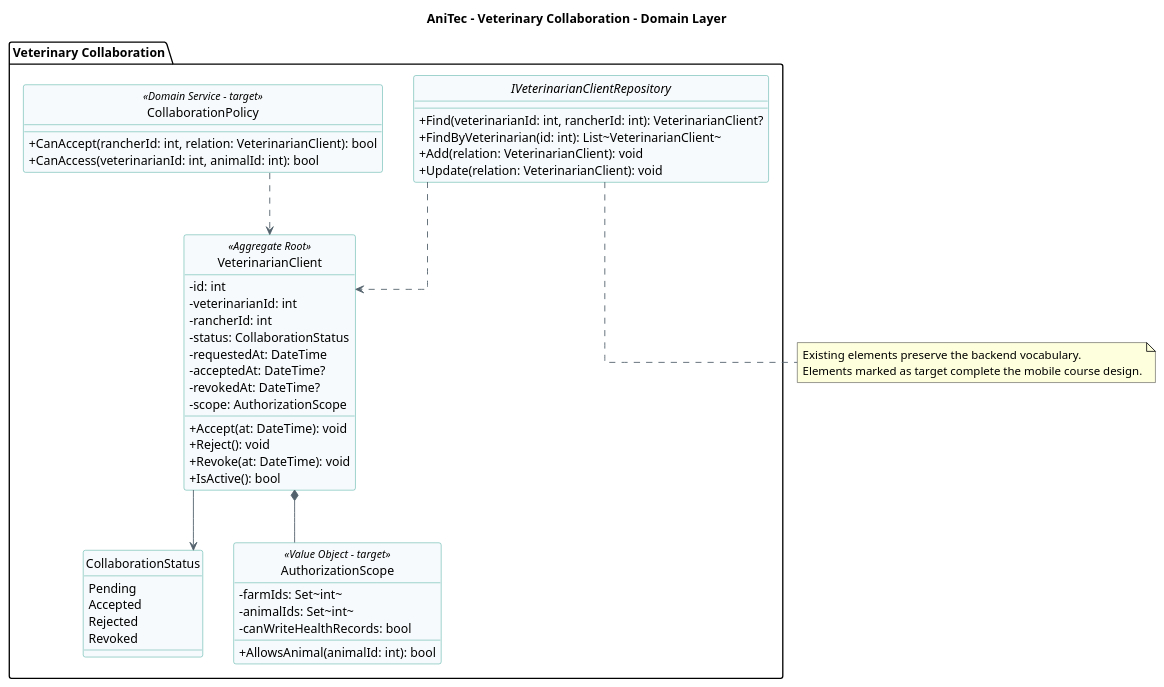
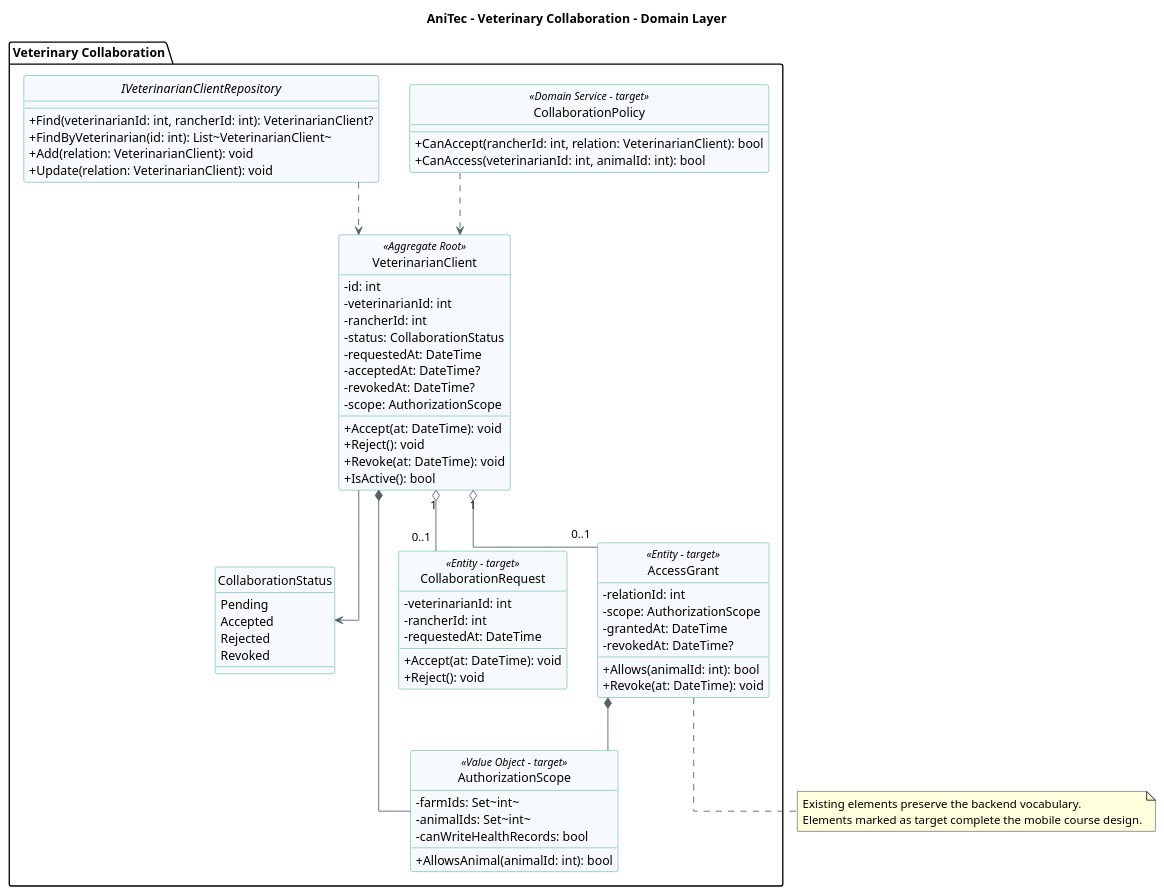
The diagram in markdown/assets/codefordiagrams/2-6-5-Bounded-Context-Veterinary-Collaboration/domain-layer-class-diagram.puml (ADM-1ACC0238-2620-13975-Grupo01/Informe), drawn with PlantUML before and after one commit. The commit also changed 20 other files, not shown here.

```diff
--- a/markdown/assets/codefordiagrams/2-6-5-Bounded-Context-Veterinary-Collaboration/domain-layer-class-diagram.puml
+++ b/markdown/assets/codefordiagrams/2-6-5-Bounded-Context-Veterinary-Collaboration/domain-layer-class-diagram.puml
@@ -1,60 +1,78 @@
 @startuml
 title AniTec - Veterinary Collaboration - Domain Layer
 hide circle
 skinparam classAttributeIconSize 0
 skinparam shadowing false
 skinparam linetype ortho
 skinparam class {
   BackgroundColor #F7FAFC
   BorderColor #2A9D8F
   ArrowColor #52616B
 }
 
 package "Veterinary Collaboration" {
 class VeterinarianClient <<Aggregate Root>> {
   -id: int
   -veterinarianId: int
   -rancherId: int
   -status: CollaborationStatus
   -requestedAt: DateTime
   -acceptedAt: DateTime?
   -revokedAt: DateTime?
   -scope: AuthorizationScope
   +Accept(at: DateTime): void
   +Reject(): void
   +Revoke(at: DateTime): void
   +IsActive(): bool
 }
 enum CollaborationStatus {
   Pending
   Accepted
   Rejected
   Revoked
 }
 class AuthorizationScope <<Value Object - target>> {
   -farmIds: Set~int~
   -animalIds: Set~int~
   -canWriteHealthRecords: bool
   +AllowsAnimal(animalId: int): bool
 }
 class CollaborationPolicy <<Domain Service - target>> {
   +CanAccept(rancherId: int, relation: VeterinarianClient): bool
   +CanAccess(veterinarianId: int, animalId: int): bool
 }
 interface IVeterinarianClientRepository {
   +Find(veterinarianId: int, rancherId: int): VeterinarianClient?
   +FindByVeterinarian(id: int): List~VeterinarianClient~
   +Add(relation: VeterinarianClient): void
   +Update(relation: VeterinarianClient): void
 }
 VeterinarianClient --> CollaborationStatus
 VeterinarianClient *-- AuthorizationScope
 CollaborationPolicy ..> VeterinarianClient
 IVeterinarianClientRepository ..> VeterinarianClient
+class CollaborationRequest <<Entity - target>> {
+  -veterinarianId: int
+  -rancherId: int
+  -requestedAt: DateTime
+  +Accept(at: DateTime): void
+  +Reject(): void
+}
+class AccessGrant <<Entity - target>> {
+  -relationId: int
+  -scope: AuthorizationScope
+  -grantedAt: DateTime
+  -revokedAt: DateTime?
+  +Allows(animalId: int): bool
+  +Revoke(at: DateTime): void
+}
+VeterinarianClient "1" o-- "0..1" CollaborationRequest
+VeterinarianClient "1" o-- "0..1" AccessGrant
+AccessGrant *-- AuthorizationScope
 }
 
 note bottom
   Existing elements preserve the backend vocabulary.
   Elements marked as target complete the mobile course design.
 end note
 @enduml
```
